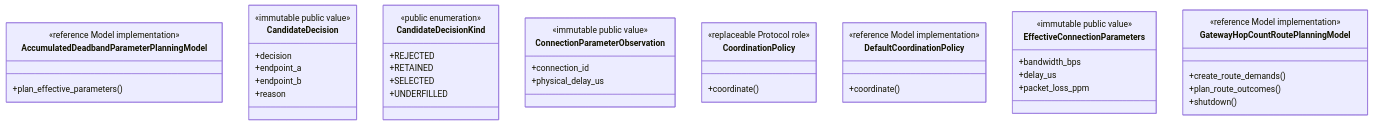
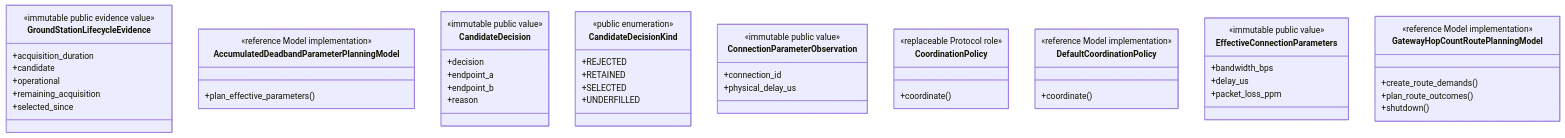
Before and after one commit to seed-labs/skyseed: the second of 8 diagrams in skyseed_v2/src/skyseed_v2/simulator/planning/README.md, drawn with Mermaid. The commit also changed other lines of this file and 178 other files, not shown here.

````diff
--- a/skyseed_v2/src/skyseed_v2/simulator/planning/README.md
+++ b/skyseed_v2/src/skyseed_v2/simulator/planning/README.md
@@ -266,46 +256,54 @@
 ```mermaid
 classDiagram
+    class GroundStationLifecycleEvidence {
+        <<immutable public evidence value>>
+        +acquisition_duration
+        +candidate
+        +operational
+        +remaining_acquisition
+        +selected_since
+    }
     class AccumulatedDeadbandParameterPlanningModel {
         <<reference Model implementation>>
         +plan_effective_parameters()
     }
     class CandidateDecision {
         <<immutable public value>>
         +decision
         +endpoint_a
         +endpoint_b
         +reason
     }
     class CandidateDecisionKind {
         <<public enumeration>>
         +REJECTED
         +RETAINED
         +SELECTED
         +UNDERFILLED
     }
     class ConnectionParameterObservation {
         <<immutable public value>>
         +connection_id
         +physical_delay_us
     }
     class CoordinationPolicy {
         <<replaceable Protocol role>>
         +coordinate()
     }
     class DefaultCoordinationPolicy {
         <<reference Model implementation>>
         +coordinate()
     }
     class EffectiveConnectionParameters {
         <<immutable public value>>
         +bandwidth_bps
         +delay_us
         +packet_loss_ppm
     }
     class GatewayHopCountRoutePlanningModel {
         <<reference Model implementation>>
         +create_route_demands()
         +plan_route_outcomes()
         +shutdown()
     }
 ```
````
